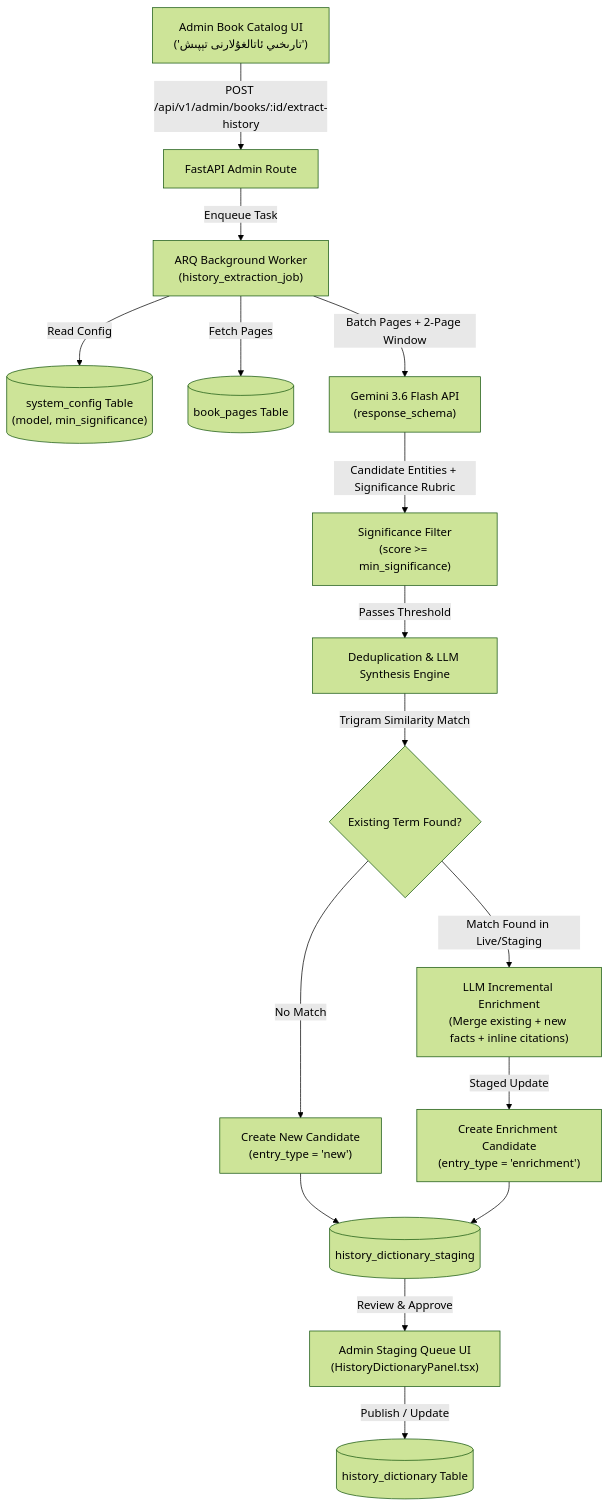
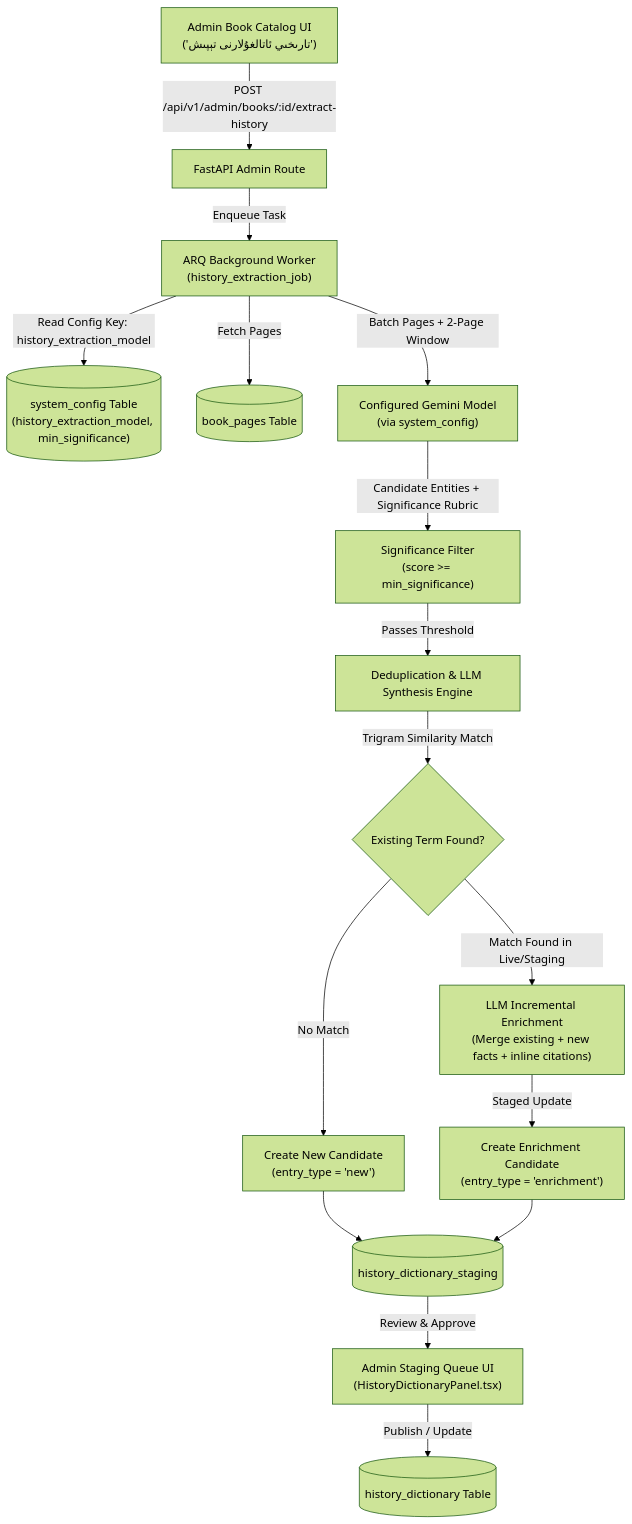
The diagram in docs/claude/graph-rag-gds-branch-wjqwe0/specs/2026-08-02-uyghur-history-dictionary-extraction-design.md (Kitabim-AI/kitabim-ai), drawn with Mermaid (forest theme) before and after one commit. The commit also changed other lines of this file, not shown here.

Commit message:
docs: add dynamic LLM model switching via system_config to history extraction spec

````diff
--- a/docs/claude/graph-rag-gds-branch-wjqwe0/specs/2026-08-02-uyghur-history-dictionary-extraction-design.md
+++ b/docs/claude/graph-rag-gds-branch-wjqwe0/specs/2026-08-02-uyghur-history-dictionary-extraction-design.md
@@ -30,26 +30,26 @@
 ```mermaid
 flowchart TD
     AdminBookCatalog["Admin Book Catalog UI\n('تارىخىي ئاتالغۇلارنى تېپىش')"] -->|POST /api/v1/admin/books/:id/extract-history| FastAPIEndpoint["FastAPI Admin Route"]
     FastAPIEndpoint -->|Enqueue Task| ARQWorker["ARQ Background Worker\n(history_extraction_job)"]
     
-    ARQWorker -->|Read Config| SystemConfig[("system_config Table\n(model, min_significance)")]
+    ARQWorker -->|Read Config Key: history_extraction_model| SystemConfig[("system_config Table\n(history_extraction_model, min_significance)")]
     ARQWorker -->|Fetch Pages| BookPages[("book_pages Table")]
     
-    ARQWorker -->|Batch Pages + 2-Page Window| GeminiClient["Gemini 3.6 Flash API\n(response_schema)"]
+    ARQWorker -->|Batch Pages + 2-Page Window| GeminiClient["Configured Gemini Model\n(via system_config)"]
     
     GeminiClient -->|Candidate Entities + Significance Rubric| SignificanceFilter["Significance Filter\n(score >= min_significance)"]
     SignificanceFilter -->|Passes Threshold| DeduplicationEngine["Deduplication & LLM Synthesis Engine"]
     
     DeduplicationEngine -->|Trigram Similarity Match| DBCheck{Existing Term Found?}
     
     DBCheck -->|No Match| NewStaging["Create New Candidate\n(entry_type = 'new')"]
     DBCheck -->|Match Found in Live/Staging| EnrichmentSynthesizer["LLM Incremental Enrichment\n(Merge existing + new facts + inline citations)"]
     
     EnrichmentSynthesizer -->|Staged Update| EnrichmentStaging["Create Enrichment Candidate\n(entry_type = 'enrichment')"]
     
     NewStaging --> HistoryStaging[("history_dictionary_staging")]
     EnrichmentStaging --> HistoryStaging
     
     HistoryStaging -->|Review & Approve| AdminStagingUI["Admin Staging Queue UI\n(HistoryDictionaryPanel.tsx)"]
     AdminStagingUI -->|Publish / Update| HistoryDict[("history_dictionary Table")]
 ```
````
